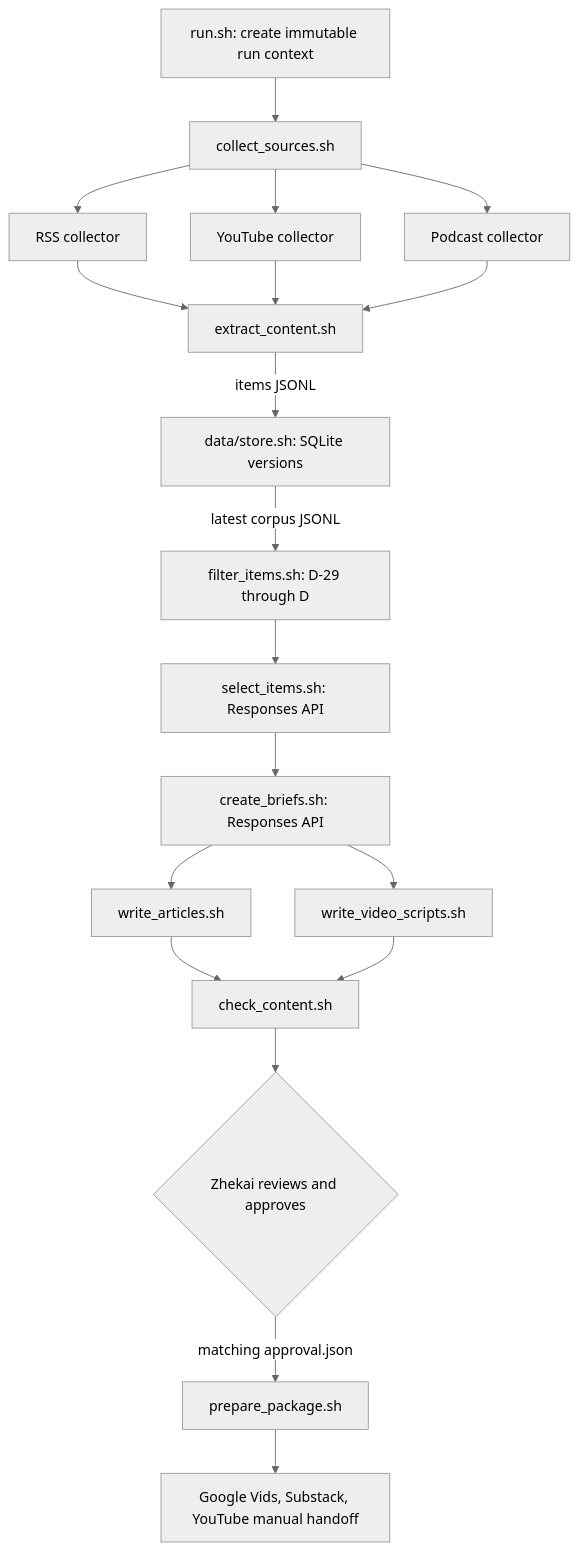
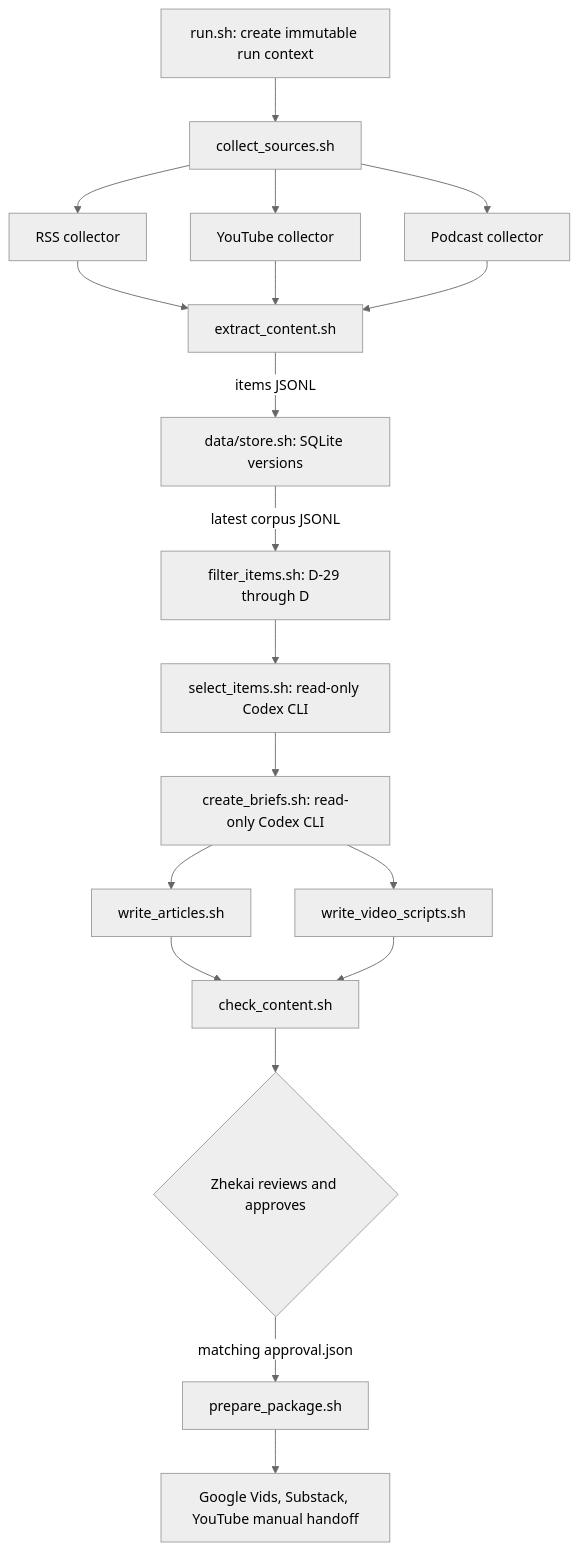
Before and after one commit to Zhekai-Li/ps04: the diagram in docs/LEARNING_GUIDE.md, drawn with Mermaid (neutral theme). The commit also changed other lines of this file and 1065 other files, not shown here.

````diff
--- a/docs/LEARNING_GUIDE.md
+++ b/docs/LEARNING_GUIDE.md
@@ -11,18 +11,18 @@
 ```mermaid
 flowchart TD
     R[run.sh: create immutable run context] --> C[collect_sources.sh]
     C --> F[RSS collector]
     C --> Y[YouTube collector]
     C --> P[Podcast collector]
     F & Y & P --> E[extract_content.sh]
     E -->|items JSONL| D[data/store.sh: SQLite versions]
     D -->|latest corpus JSONL| W[filter_items.sh: D-29 through D]
-    W --> S[select_items.sh: Responses API]
-    S --> B[create_briefs.sh: Responses API]
+    W --> S[select_items.sh: read-only Codex CLI]
+    S --> B[create_briefs.sh: read-only Codex CLI]
     B --> A[write_articles.sh]
     B --> V[write_video_scripts.sh]
     A & V --> K[check_content.sh]
     K --> H{Zhekai reviews and approves}
     H -->|matching approval.json| X[prepare_package.sh]
     X --> M[Google Vids, Substack, YouTube manual handoff]
 ```
````
